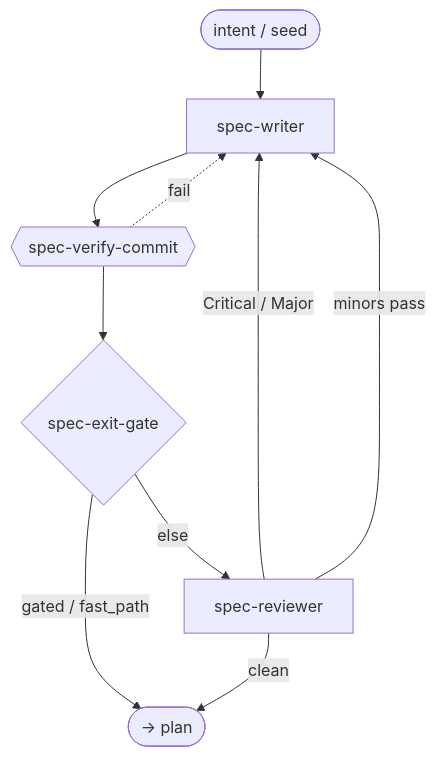
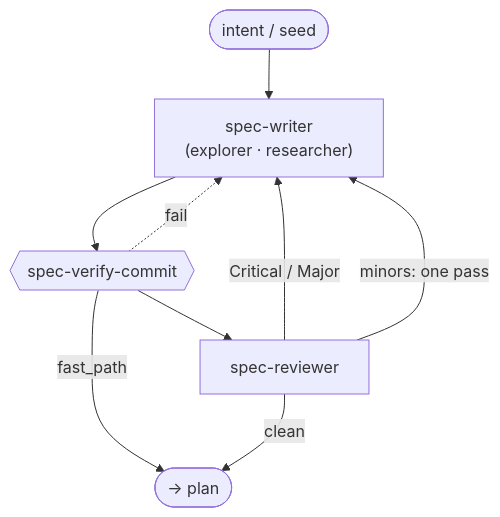
The eighth of 12 diagrams in docs/architecture.md (jpoimboe/imp), drawn with Mermaid before and after one commit. The commit also changed other lines of this file, not shown here.

First line of the commit message:
docs: sync architecture.md with default->imp workflow rename and phase rework

````diff
--- a/docs/architecture.md
+++ b/docs/architecture.md
@@ -159,12 +162,11 @@
 ```mermaid
 flowchart TD
-  in([intent / seed]) --> SW["spec-writer"]
+  in([intent / seed]) --> SW["spec-writer<br/>(explorer · researcher)"]
   SW --> SVC{{"spec-verify-commit"}}
   SVC -. fail .-> SW
-  SVC --> SXG{"spec-exit-gate"}
-  SXG -->|"gated / fast_path"| out([→ plan])
-  SXG -->|else| SR["spec-reviewer"]
+  SVC -->|fast_path| out([→ plan])
+  SVC --> SR["spec-reviewer"]
   SR -->|"Critical / Major"| SW
-  SR -->|"minors pass"| SW
+  SR -->|"minors: one pass"| SW
   SR -->|clean| out
 ```
````
